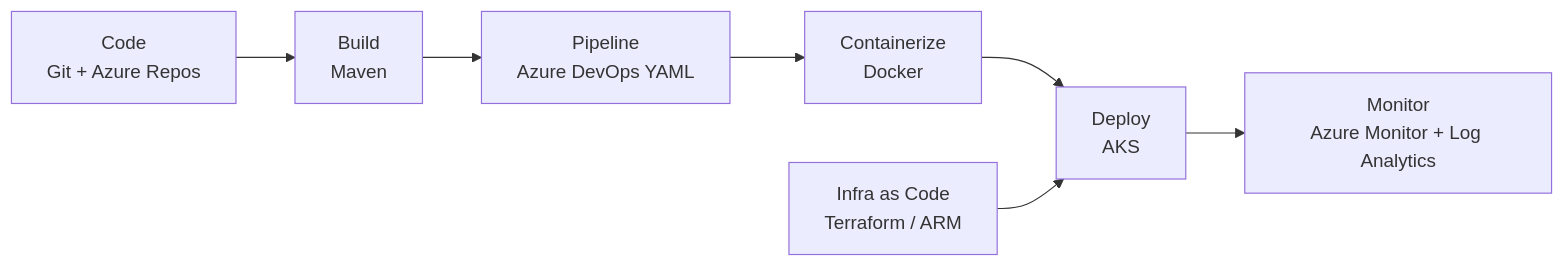
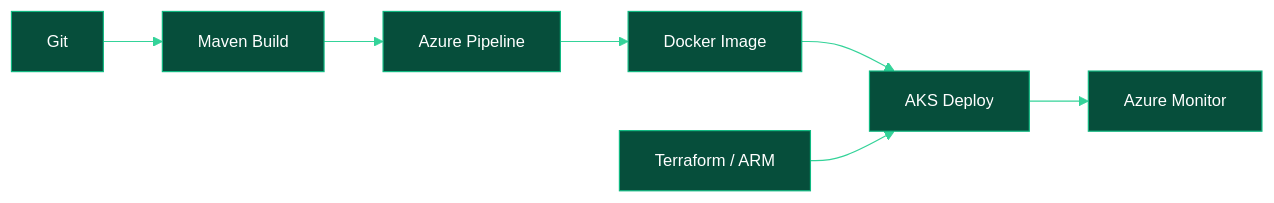
Before and after one commit to ravisesham3/ravisesham3: the diagram in README.md, drawn with Mermaid. The commit also changed other lines of this file, not shown here.

````diff
--- a/README.md
+++ b/README.md
@@ -109,9 +102,10 @@
 ```mermaid
+%%{init: {'theme':'base','themeVariables':{'primaryColor':'#064E3B','primaryTextColor':'#ffffff','primaryBorderColor':'#10B981','lineColor':'#34D399','fontSize':'14px'}}}%%
 flowchart LR
-    A["Code<br/>Git + Azure Repos"] --> B["Build<br/>Maven"]
-    B --> C["Pipeline<br/>Azure DevOps YAML"]
-    C --> D["Containerize<br/>Docker"]
-    D --> E["Deploy<br/>AKS"]
-    F["Infra as Code<br/>Terraform / ARM"] --> E
-    E --> G["Monitor<br/>Azure Monitor + Log Analytics"]
+    A[Git] --> B[Maven Build]
+    B --> C[Azure Pipeline]
+    C --> D[Docker Image]
+    D --> E[AKS Deploy]
+    F[Terraform / ARM] --> E
+    E --> G[Azure Monitor]
 ```
````
